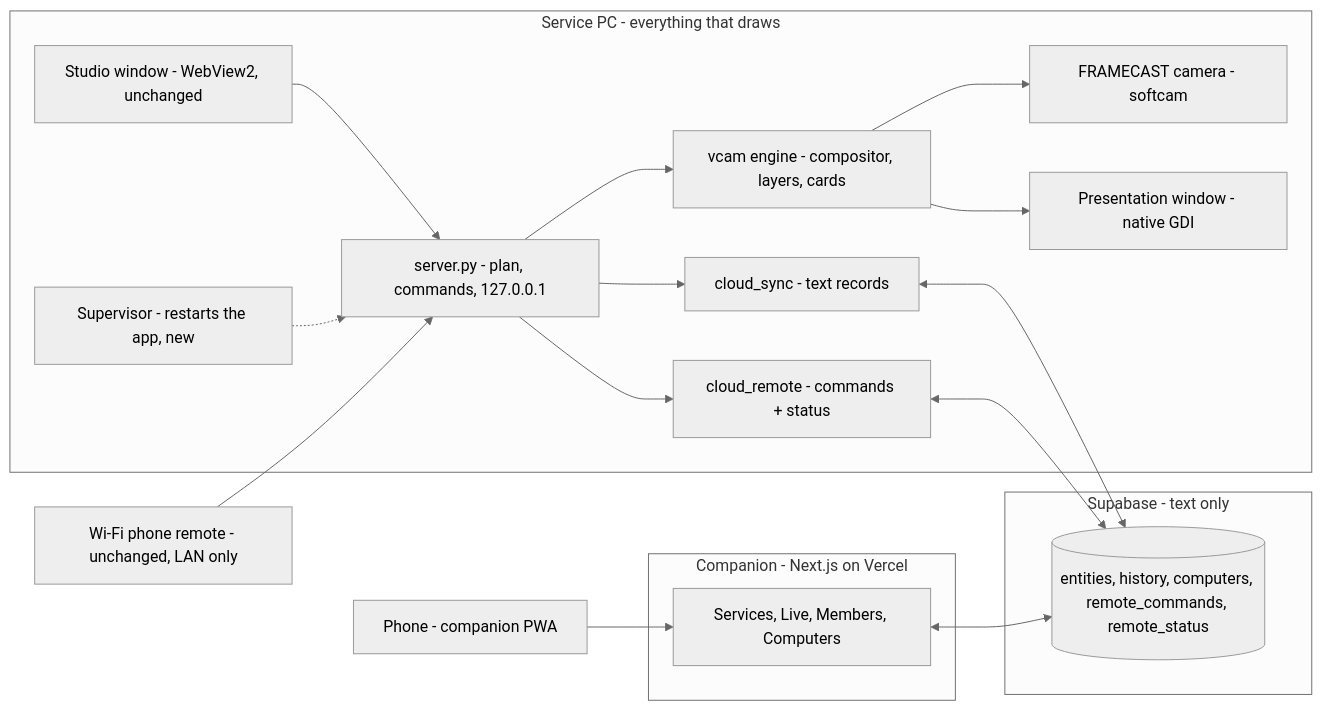
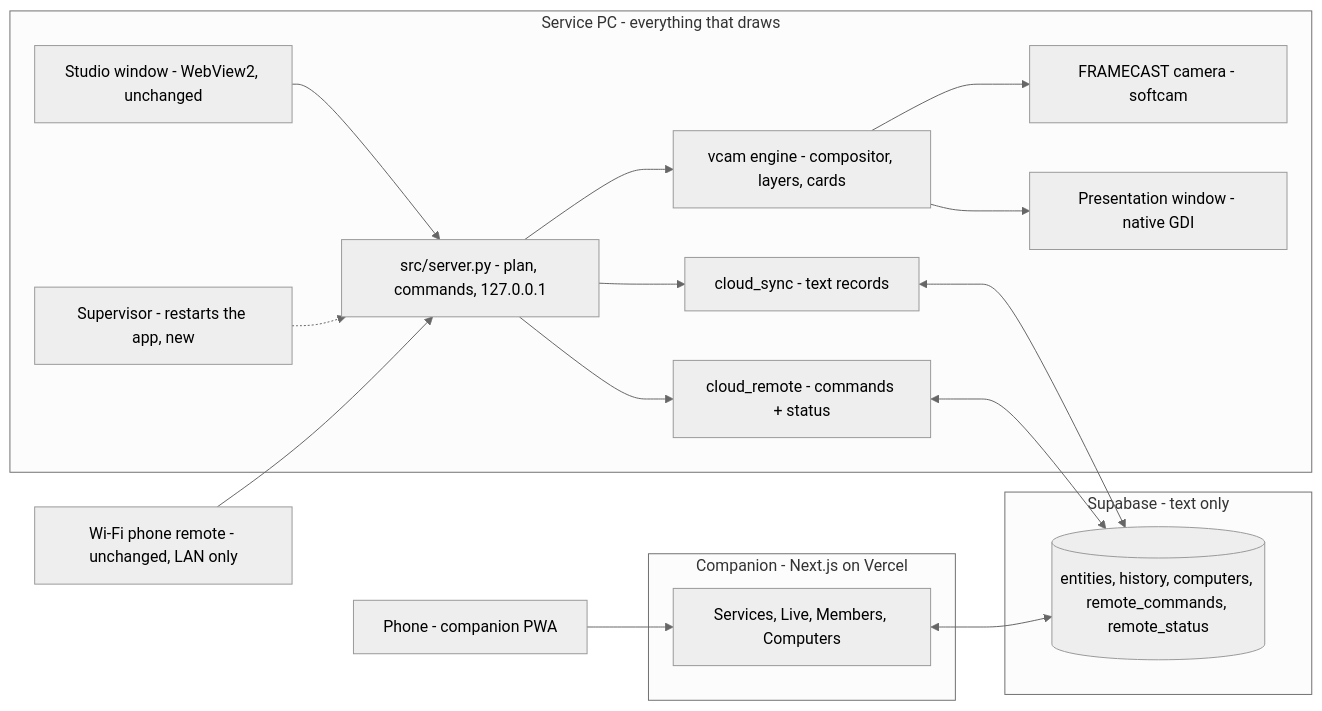
The diagram in docs/project/2026-10-25-architecture-audit.md (mshobin/FrameDecks), drawn with Mermaid (neutral theme) before and after one commit. The commit also changed other lines of this file and 109 other files, not shown here.

First line of the commit message:
Reorganize root: Python modules to src/, community docs to .github/, licences to legal/, changelog and roadmap to docs/, ruff config to config/

````diff
--- a/docs/project/2026-10-25-architecture-audit.md
+++ b/docs/project/2026-10-25-architecture-audit.md
@@ -166,23 +166,23 @@
 ```mermaid
 flowchart LR
   subgraph PC [Service PC - everything that draws]
-    UI[Studio window - WebView2, unchanged] --> S[server.py - plan, commands, 127.0.0.1]
+    UI[Studio window - WebView2, unchanged] --> S[src/server.py - plan, commands, 127.0.0.1]
     S --> E[vcam engine - compositor, layers, cards]
     E --> V[FRAMECAST camera - softcam]
     E --> P[Presentation window - native GDI]
     S --> CS[cloud_sync - text records]
     S --> CR[cloud_remote - commands + status]
     SUP[Supervisor - restarts the app, new] -.-> S
   end
   subgraph Cloud [Supabase - text only]
     DB[(entities, history, computers, remote_commands, remote_status)]
   end
   subgraph Web [Companion - Next.js on Vercel]
     W[Services, Live, Members, Computers]
   end
   Phone[Phone - companion PWA] --> W
   CS <--> DB
   CR <--> DB
   W <--> DB
   LAN[Wi-Fi phone remote - unchanged, LAN only] --> S
 ```
````
